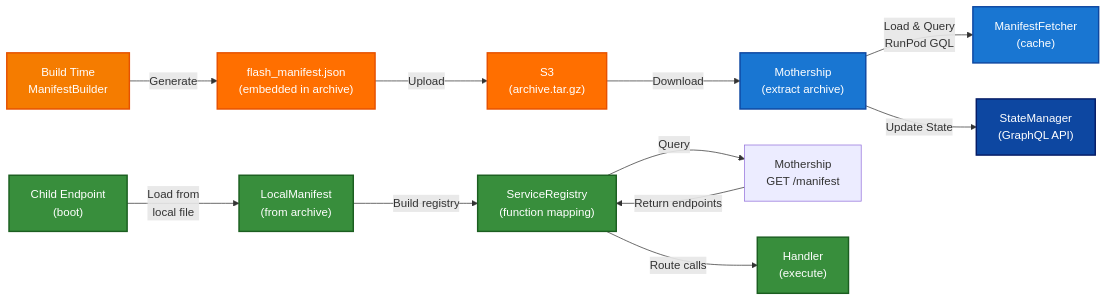
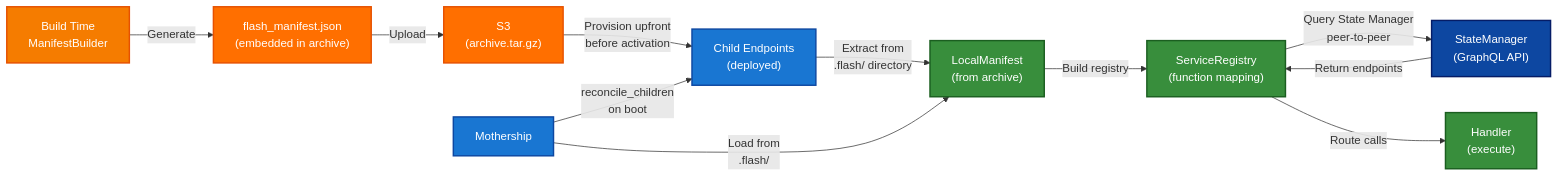
The eighth of 9 diagrams in docs/Flash_Deploy_Guide.md (runpod/tetra-rp), drawn with Mermaid before and after one commit. The commit also changed other lines of this file and 5 other files, not shown here.

First line of the commit message:
refactor: remove legacy /manifest endpoint and update deployment documentation

````diff
--- a/docs/Flash_Deploy_Guide.md
+++ b/docs/Flash_Deploy_Guide.md
@@ -946,24 +933,23 @@
 ```mermaid
 graph LR
     A["Build Time<br/>ManifestBuilder"] -->|Generate| B["flash_manifest.json<br/>(embedded in archive)"]
     B -->|Upload| C["S3<br/>(archive.tar.gz)"]
-    C -->|Download| D["Mothership<br/>(extract archive)"]
-    D -->|Load & Query<br/>RunPod GQL| E["ManifestFetcher<br/>(cache)"]
-    D -->|Update State| F["StateManager<br/>(GraphQL API)"]
-    G["Child Endpoint<br/>(boot)"] -->|Load from<br/>local file| H["LocalManifest<br/>(from archive)"]
-    H -->|Build registry| I["ServiceRegistry<br/>(function mapping)"]
-    I -->|Query| J["Mothership<br/>GET /manifest"]
-    J -->|Return endpoints| I
-    I -->|Route calls| K["Handler<br/>(execute)"]
+    C -->|Provision upfront<br/>before activation| D["Child Endpoints<br/>(deployed)"]
+    D -->|Extract from<br/>.flash/ directory| E["LocalManifest<br/>(from archive)"]
+    Mothership -->|Load from<br/>.flash/| E
+    E -->|Build registry| F["ServiceRegistry<br/>(function mapping)"]
+    F -->|Query State Manager<br/>peer-to-peer| G["StateManager<br/>(GraphQL API)"]
+    G -->|Return endpoints| F
+    F -->|Route calls| H["Handler<br/>(execute)"]
+    Mothership -->|reconcile_children<br/>on boot| D
 
     style A fill:#f57c00,stroke:#e65100,stroke-width:2px,color:#fff
     style B fill:#ff6f00,stroke:#e65100,stroke-width:2px,color:#fff
     style C fill:#ff6f00,stroke:#e65100,stroke-width:2px,color:#fff
     style D fill:#1976d2,stroke:#0d47a1,stroke-width:2px,color:#fff
-    style E fill:#1976d2,stroke:#0d47a1,stroke-width:2px,color:#fff
-    style F fill:#0d47a1,stroke:#051c66,stroke-width:2px,color:#fff
-    style G fill:#388e3c,stroke:#1b5e20,stroke-width:2px,color:#fff
+    style E fill:#388e3c,stroke:#1b5e20,stroke-width:2px,color:#fff
+    style F fill:#388e3c,stroke:#1b5e20,stroke-width:2px,color:#fff
+    style G fill:#0d47a1,stroke:#051c66,stroke-width:2px,color:#fff
     style H fill:#388e3c,stroke:#1b5e20,stroke-width:2px,color:#fff
-    style I fill:#388e3c,stroke:#1b5e20,stroke-width:2px,color:#fff
-    style K fill:#388e3c,stroke:#1b5e20,stroke-width:2px,color:#fff
+    style Mothership fill:#1976d2,stroke:#0d47a1,stroke-width:2px,color:#fff
 ```
````
